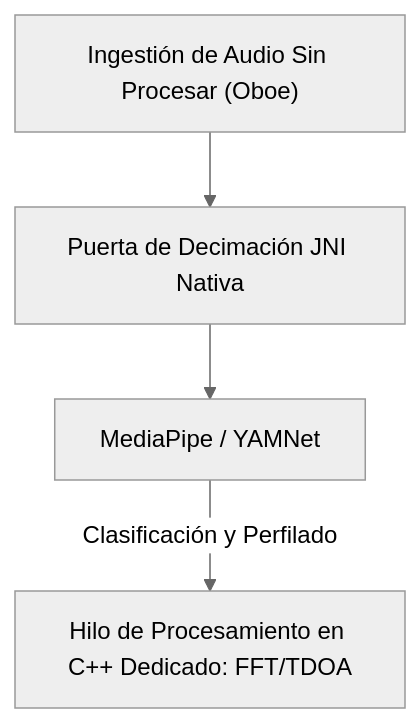
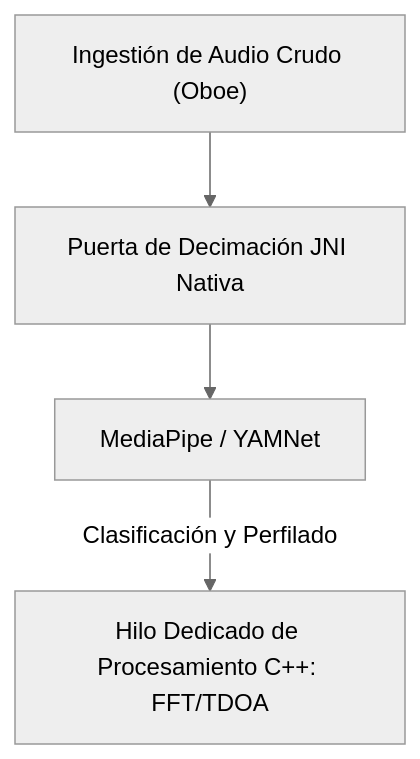
Before and after one commit to rpalm01-star/VigilantEarLegal: the diagram in AREADME_es.md, drawn with Mermaid (neutral theme). The commit also changed other lines of this file and 7 other files, not shown here.

````diff
--- a/AREADME_es.md
+++ b/AREADME_es.md
@@ -39,6 +43,6 @@
 ```mermaid
 graph TD
-    A["Ingestión de Audio Sin Procesar (Oboe)"] --> B["Puerta de Decimación JNI Nativa"]
+    A["Ingestión de Audio Crudo (Oboe)"] --> B["Puerta de Decimación JNI Nativa"]
     B --> C["MediaPipe / YAMNet"]
-    C -- "Clasificación y Perfilado" --> D["Hilo de Procesamiento en C++ Dedicado: FFT/TDOA"]
+    C -- "Clasificación y Perfilado" --> D["Hilo Dedicado de Procesamiento C++: FFT/TDOA"]
 ```
````
